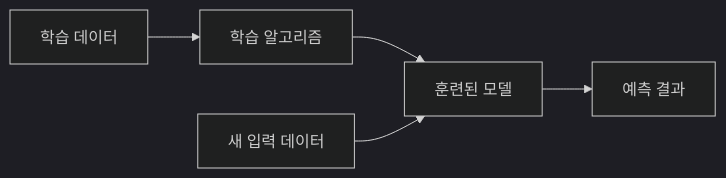
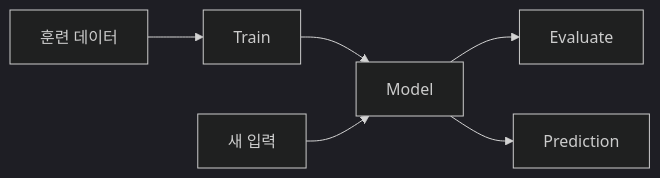
The diagram in curriculum/week04.md (sujinchoo/Ai.build.education), drawn with Mermaid (dark theme) before and after one commit. The commit also changed other lines of this file and 23 other files, not shown here.

````diff
--- a/curriculum/week04.md
+++ b/curriculum/week04.md
@@ -14,7 +20,8 @@
 ```mermaid
 flowchart LR
-    D[학습 데이터] --> A[학습 알고리즘]
-    A --> M[훈련된 모델]
-    N[새 입력 데이터] --> M
-    M --> P[예측 결과]
+    D[훈련 데이터] --> T[Train]
+    T --> M[Model]
+    M --> E[Evaluate]
+    N[새 입력] --> M
+    M --> P[Prediction]
 ```
````
